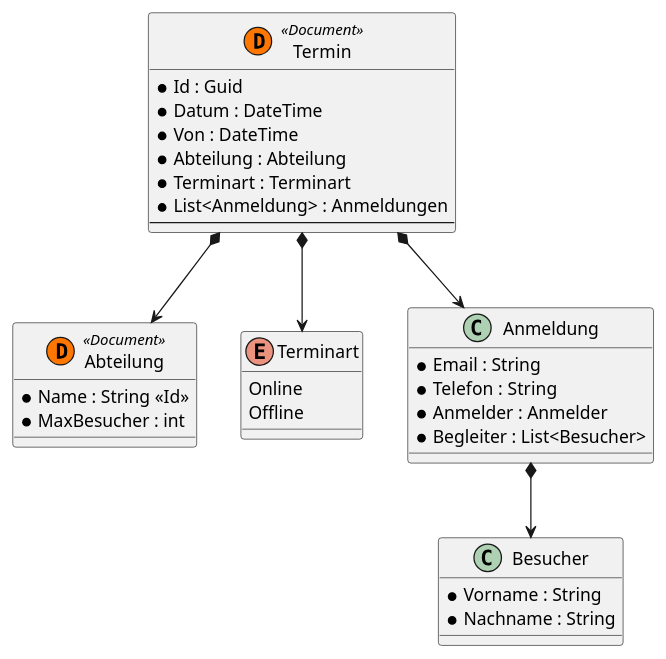
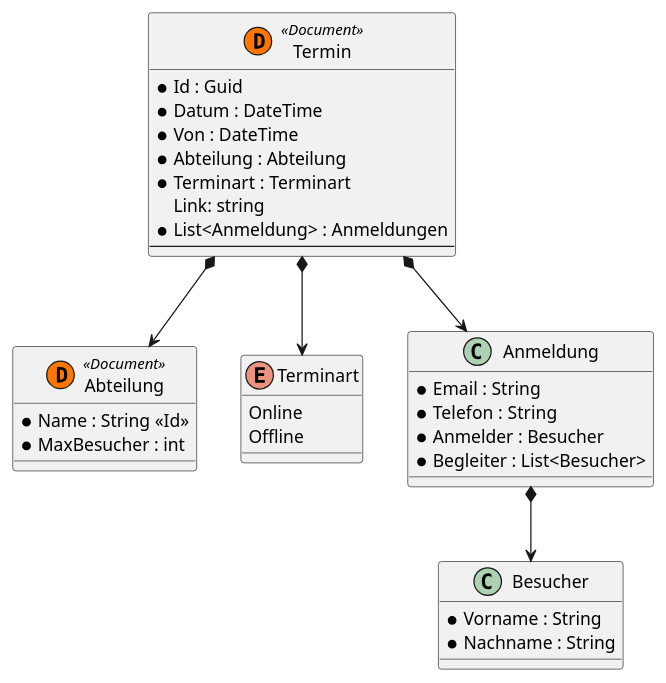
One commit to schletz/Dbi3Sem changed the diagram in 13_NoSQL/Uebungen/Terminverwaltung.md. Above: the diagram before and after it, drawn with PlantUML.

````diff
--- a/13_NoSQL/Uebungen/Terminverwaltung.md
+++ b/13_NoSQL/Uebungen/Terminverwaltung.md
@@ -41,43 +41,44 @@
 ```plantuml
 hide empty methods
 
 @startuml
 class Besucher {
    *Vorname : String
    *Nachname : String
  
 }
 
 class Abteilung <<(D,#FF7700) Document>> {
    *Name : String <<Id>>
    *MaxBesucher : int
 }
 
 enum Terminart {
    Online
    Offline
 }
 
 class Termin <<(D,#FF7700) Document>> {
    *Id : Guid
    *Datum : DateTime
    *Von : DateTime
    *Abteilung : Abteilung
    *Terminart : Terminart
+   Link: string
    *List<Anmeldung> : Anmeldungen
    ---
 }
 Termin *--> Abteilung
 Termin *--> Terminart
 Termin *--> Anmeldung
 
 class Anmeldung {
    *Email : String
    *Telefon : String     
-   *Anmelder : Anmelder
+   *Anmelder : Besucher
    *Begleiter : List<Besucher>
 }
 
 Anmeldung *--> Besucher
 @enduml
 ```
````
